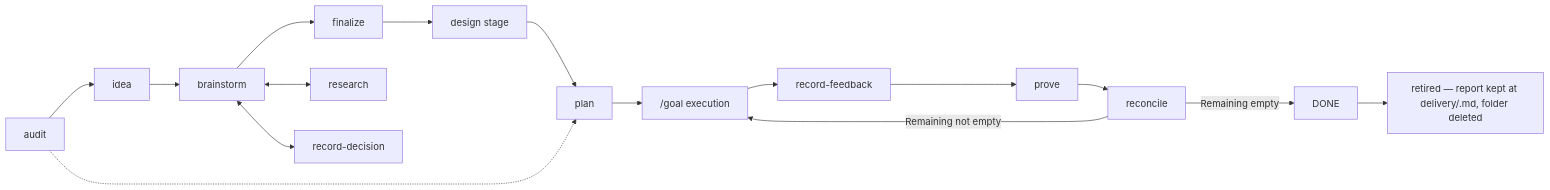
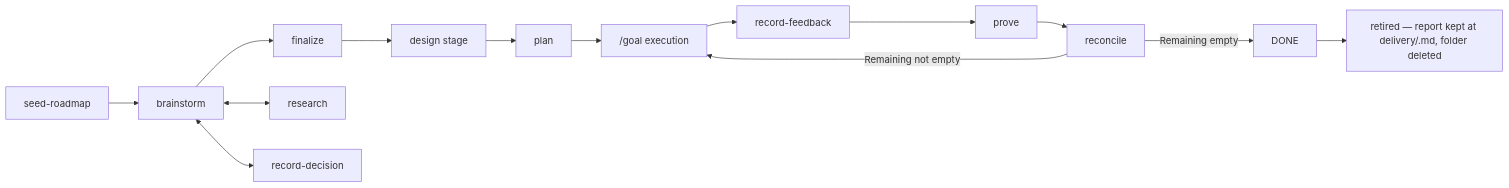
One commit to tailrocks/tailrocks-skills changed the diagram in docs/design/pipeline-walkthrough.md. Above: the diagram before and after it, drawn with Mermaid. The commit also changed other lines of this file and 40 other files, not shown here.

````diff
--- a/docs/design/pipeline-walkthrough.md
+++ b/docs/design/pipeline-walkthrough.md
@@ -13,10 +13,9 @@
 ```mermaid
 flowchart LR
-  audit --> idea --> brainstorm --> finalize --> design["design stage"] --> plan --> exec["/goal execution"]
+  seed["seed-roadmap"] --> brainstorm --> finalize --> design["design stage"] --> plan --> exec["/goal execution"]
   exec --> feedback["record-feedback"] --> prove --> reconcile
   reconcile -->|Remaining not empty| exec
   reconcile -->|Remaining empty| done["DONE"] --> retire["retired — report kept at delivery/<slug>.md, folder deleted"]
-  audit -.-> plan
   brainstorm <--> research
   brainstorm <--> decision["record-decision"]
 ```
````
